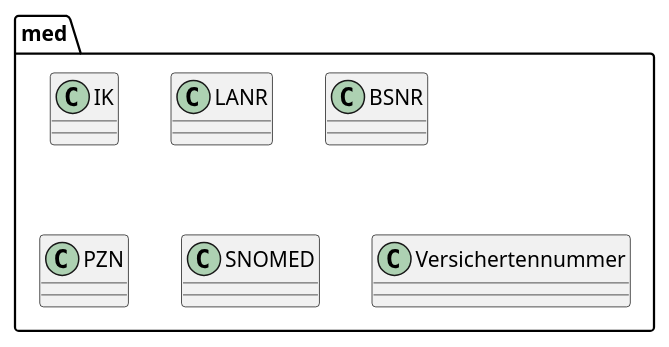
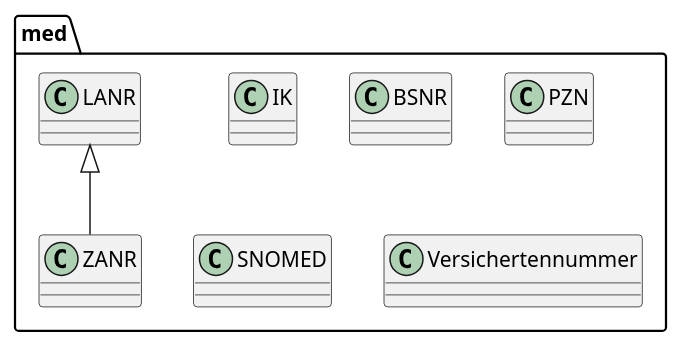
The diagram in src/main/asciidoc/images/package-med.puml (oboehm/jfachwert), drawn with PlantUML before and after one commit. The commit also changed 6 other files, not shown here.

Commit message:
ZANR als Erweiterung zu LANR eingeführt

```diff
--- a/src/main/asciidoc/images/package-med.puml
+++ b/src/main/asciidoc/images/package-med.puml
@@ -1,14 +1,17 @@
 @startuml
 
 package "med" {
 
     class IK
     class LANR
     class BSNR
     class PZN
     class SNOMED
     class Versichertennummer
+    class ZANR
+
+    LANR <|-- ZANR
 
 }
 
 @enduml
```
